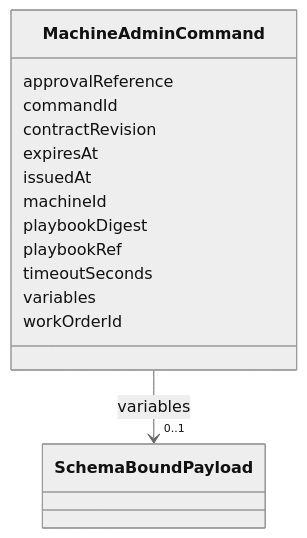
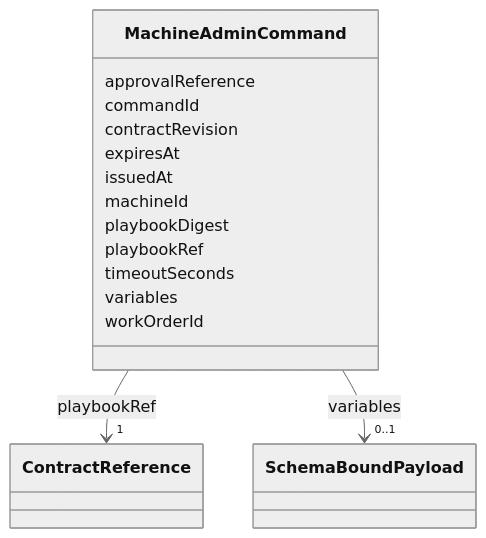
The diagram in metamodel/generated/docs/MachineAdminCommand.md (open4good/jumo-core), drawn with Mermaid (neutral theme) before and after one commit. The commit also changed other lines of this file and 42 other files, not shown here.

````diff
--- a/metamodel/generated/docs/MachineAdminCommand.md
+++ b/metamodel/generated/docs/MachineAdminCommand.md
@@ -23,37 +23,46 @@
 ```mermaid
  classDiagram
     class MachineAdminCommand
     click MachineAdminCommand href "../MachineAdminCommand/"
       MachineAdminCommand : approvalReference
 
       MachineAdminCommand : commandId
 
       MachineAdminCommand : contractRevision
 
       MachineAdminCommand : expiresAt
 
       MachineAdminCommand : issuedAt
 
       MachineAdminCommand : machineId
 
       MachineAdminCommand : playbookDigest
 
       MachineAdminCommand : playbookRef
 
+
+
+
+
+        MachineAdminCommand --> "1" ContractReference : playbookRef
+        click ContractReference href "../ContractReference/"
+
+
+
       MachineAdminCommand : timeoutSeconds
 
       MachineAdminCommand : variables
 
 
 
 
 
         MachineAdminCommand --> "0..1" SchemaBoundPayload : variables
         click SchemaBoundPayload href "../SchemaBoundPayload/"
 
 
 
       MachineAdminCommand : workOrderId
 
 
 ```
````
